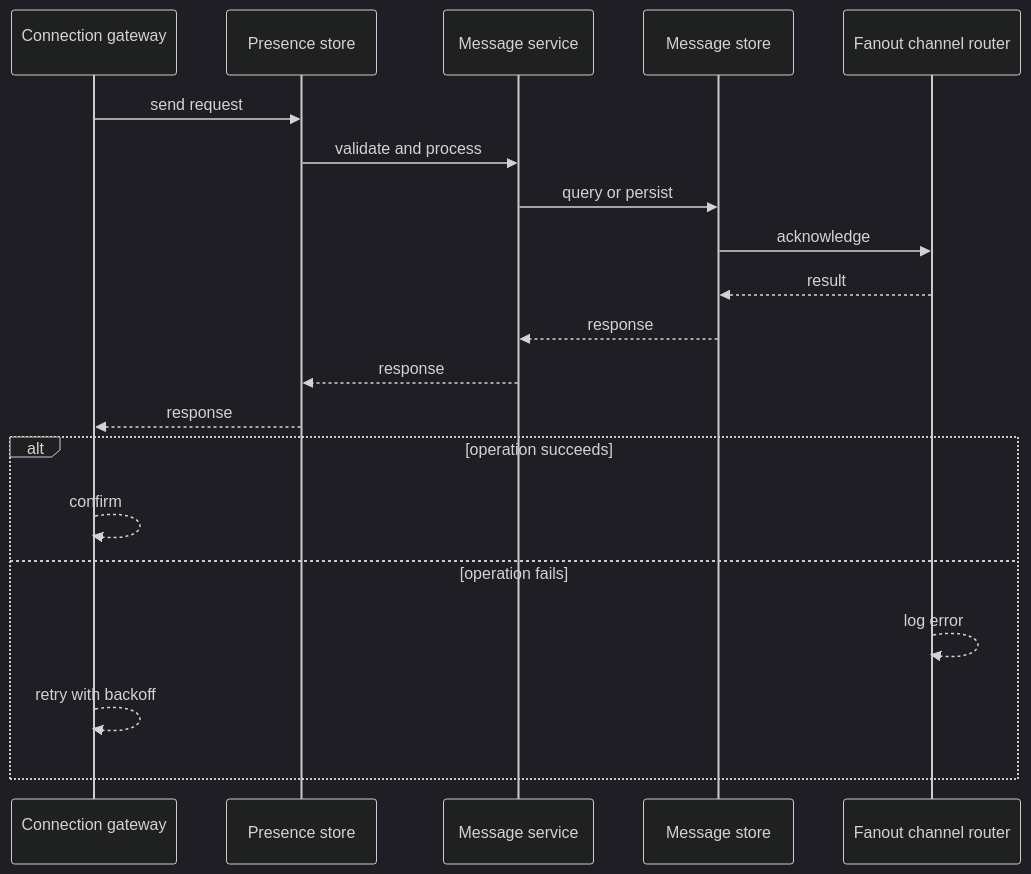
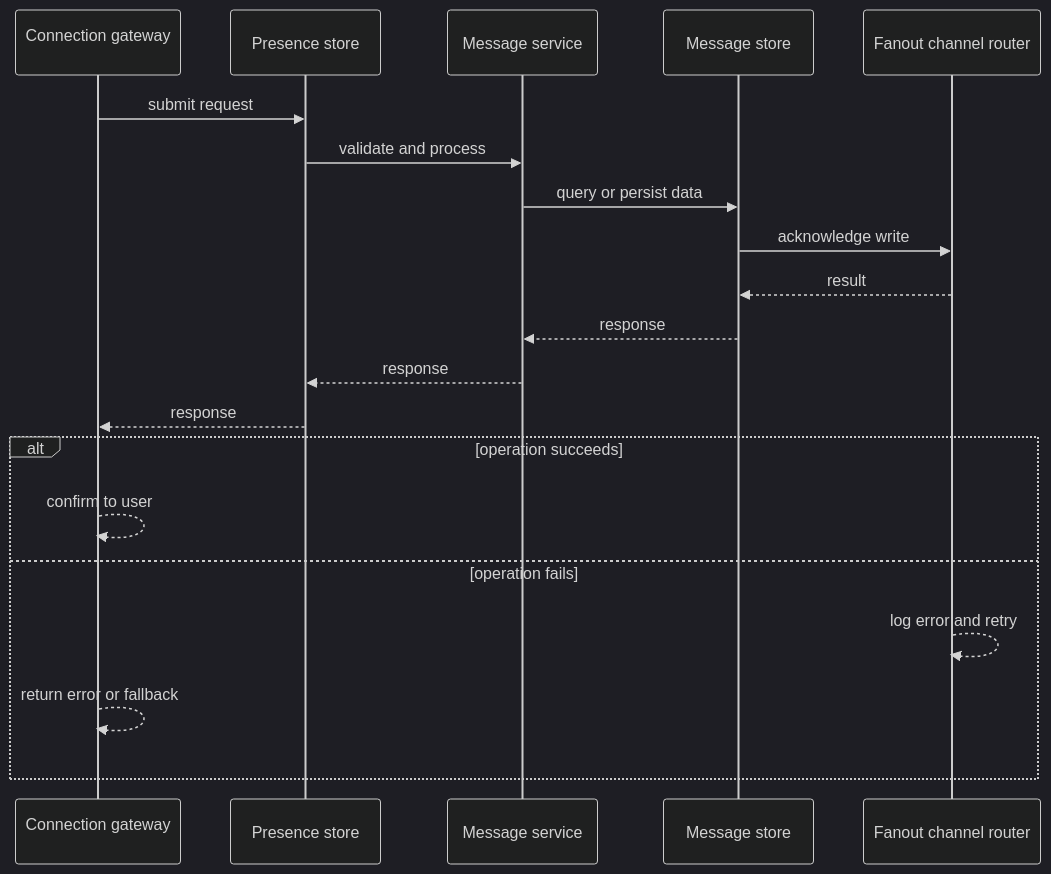
Before and after one commit to RIT-MESH/system-design-mastery: the second of 4 diagrams in case-studies/intermediate/chat-application.md, drawn with Mermaid (dark theme). The commit also changed other lines of this file and 127 other files, not shown here.

First line of the commit message:
Improve all case study diagrams: case-specific sequences, fix truncated labels

````diff
--- a/case-studies/intermediate/chat-application.md
+++ b/case-studies/intermediate/chat-application.md
@@ -81,23 +81,23 @@
 ```mermaid
 %% created-for: system-design-mastery
 sequenceDiagram
-  participant C0 as Connection gateway<br >
-  participant C1 as Presence store
-  participant C2 as Message service
-  participant C3 as Message store
-  participant C4 as Fanout channel router
-  C0 ->> C1: send request
-  C1 ->> C2: validate and process
-  C2 ->> C3: query or persist
-  C3 ->> C4: acknowledge
-  C4 -->> C3: result
-  C3 -->> C2: response
-  C2 -->> C1: response
-  C1 -->> C0: response
+  participant P0 as Connection gateway<br >
+  participant P1 as Presence store
+  participant P2 as Message service
+  participant P3 as Message store
+  participant P4 as Fanout channel router
+  P0 ->> P1: submit request
+  P1 ->> P2: validate and process
+  P2 ->> P3: query or persist data
+  P3 ->> P4: acknowledge write
+  P4 -->> P3: result
+  P3 -->> P2: response
+  P2 -->> P1: response
+  P1 -->> P0: response
   alt operation succeeds
-    C0 -->> C0: confirm
+    P0 -->> P0: confirm to user
   else operation fails
-    C4 -->> C4: log error
-    C0 -->> C0: retry with backoff
+    P4 -->> P4: log error and retry
+    P0 -->> P0: return error or fallback
   end
 ```
````
